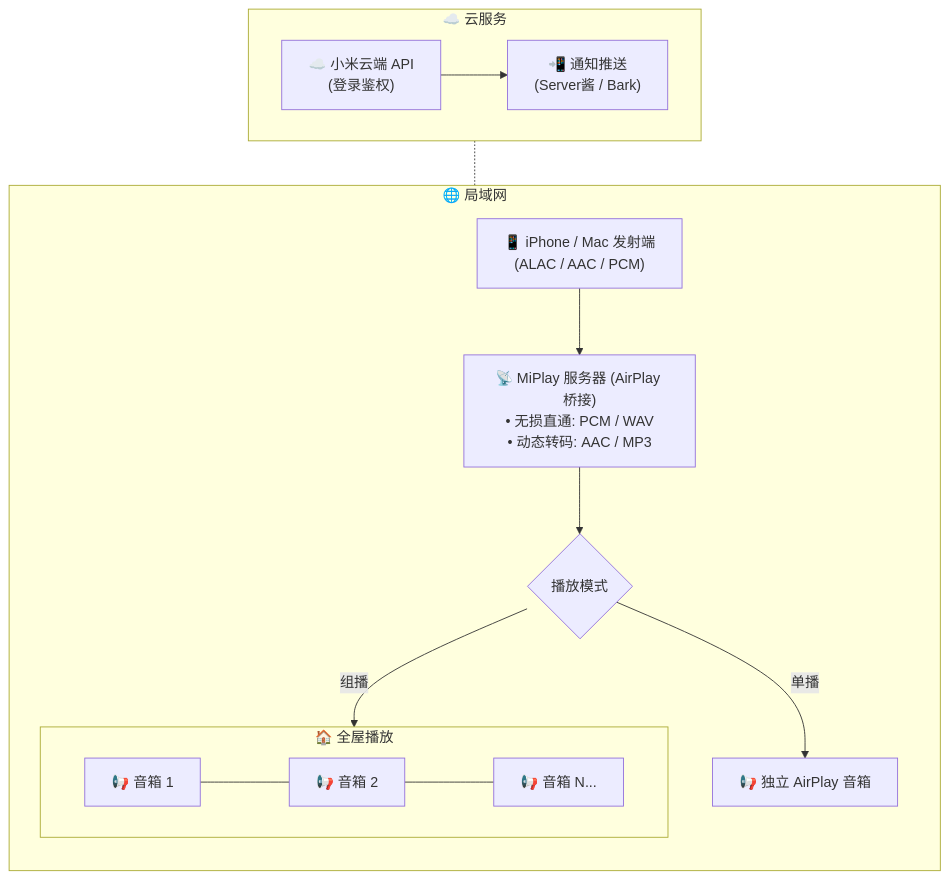
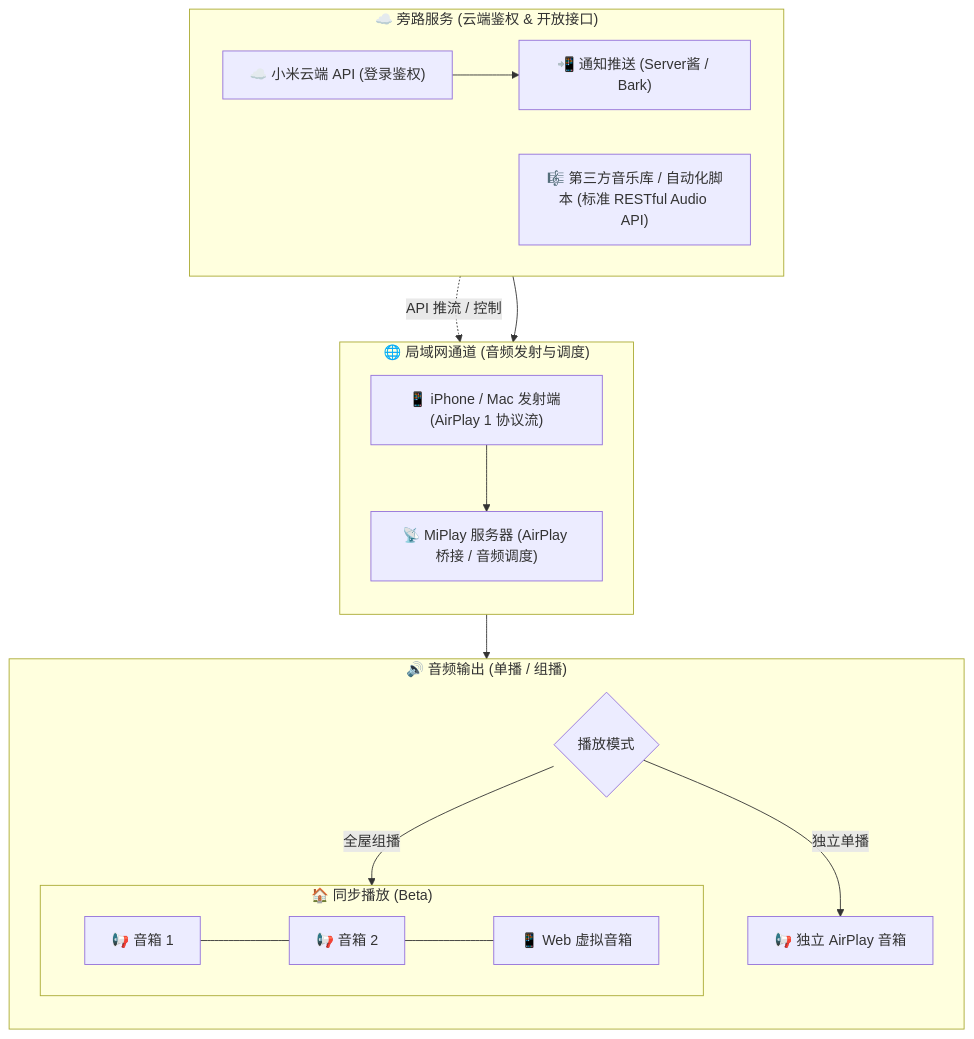
The diagram in README.md (juneix/MiPlay2), drawn with Mermaid before and after one commit. The commit also changed other lines of this file and 14 other files, not shown here.

````diff
--- a/README.md
+++ b/README.md
@@ -40,23 +40,32 @@
 ```mermaid
 flowchart TD
-    subgraph Side ["☁️ 云服务"]
+    subgraph TopSide ["☁️ 旁路服务 (云端鉴权 & 开放接口)"]
         direction LR
-        Cloud["☁️ 小米云端 API<br/>(登录鉴权)"] --> Notify["📲 通知推送<br/> (Server酱 / Bark)"]
+        Cloud["☁️ 小米云端 API (登录鉴权)"] --> Notify["📲 通知推送 (Server酱 / Bark)"]
+        Music["🎼 第三方音乐库 / 自动化脚本 (标准 RESTful Audio API)"]
     end
 
-    subgraph LAN ["🌐 局域网"]
+    subgraph MidLAN ["🌐 局域网通道 (音频发射与调度)"]
         direction TD
-        A["📱 iPhone / Mac 发射端<br/>(ALAC / AAC / PCM)"] --> B["📡 MiPlay 服务器 (AirPlay 桥接)<br/>• 无损直通: PCM / WAV<br/>• 动态转码: AAC / MP3"]
-        B --> C{"播放模式"}
+        A["📱 iPhone / Mac 发射端 (AirPlay 1 协议流)"]
+        Server["📡 MiPlay 服务器 (AirPlay 桥接 / 音频调度)"]
         
-        C -->|单播| D["📢 独立 AirPlay 音箱"]
-        C -->|组播| E
+        A --> Server
+        Music -.->|API 推流 / 控制| Server
+    end
+
+    subgraph BottomOut ["🔊 音频输出 (单播 / 组播)"]
+        direction TD
+        Server --> Mode{"播放模式"}
         
-        subgraph E ["🏠 全屋播放"]
+        Mode -->|独立单播| Single["📢 独立 AirPlay 音箱"]
+        Mode -->|全屋组播| Group
+        
+        subgraph Group ["🏠 同步播放 (Beta)"]
             direction LR
-            E1["📢 音箱 1"] --- E2["📢 音箱 2"] --- E3["📢 音箱 N..."]
+            E1["📢 音箱 1"] --- E2["📢 音箱 2"] --- E3["📱 Web 虚拟音箱"]
         end
     end
 
-    Side -.- LAN
+    TopSide --> MidLAN
 ```
````
